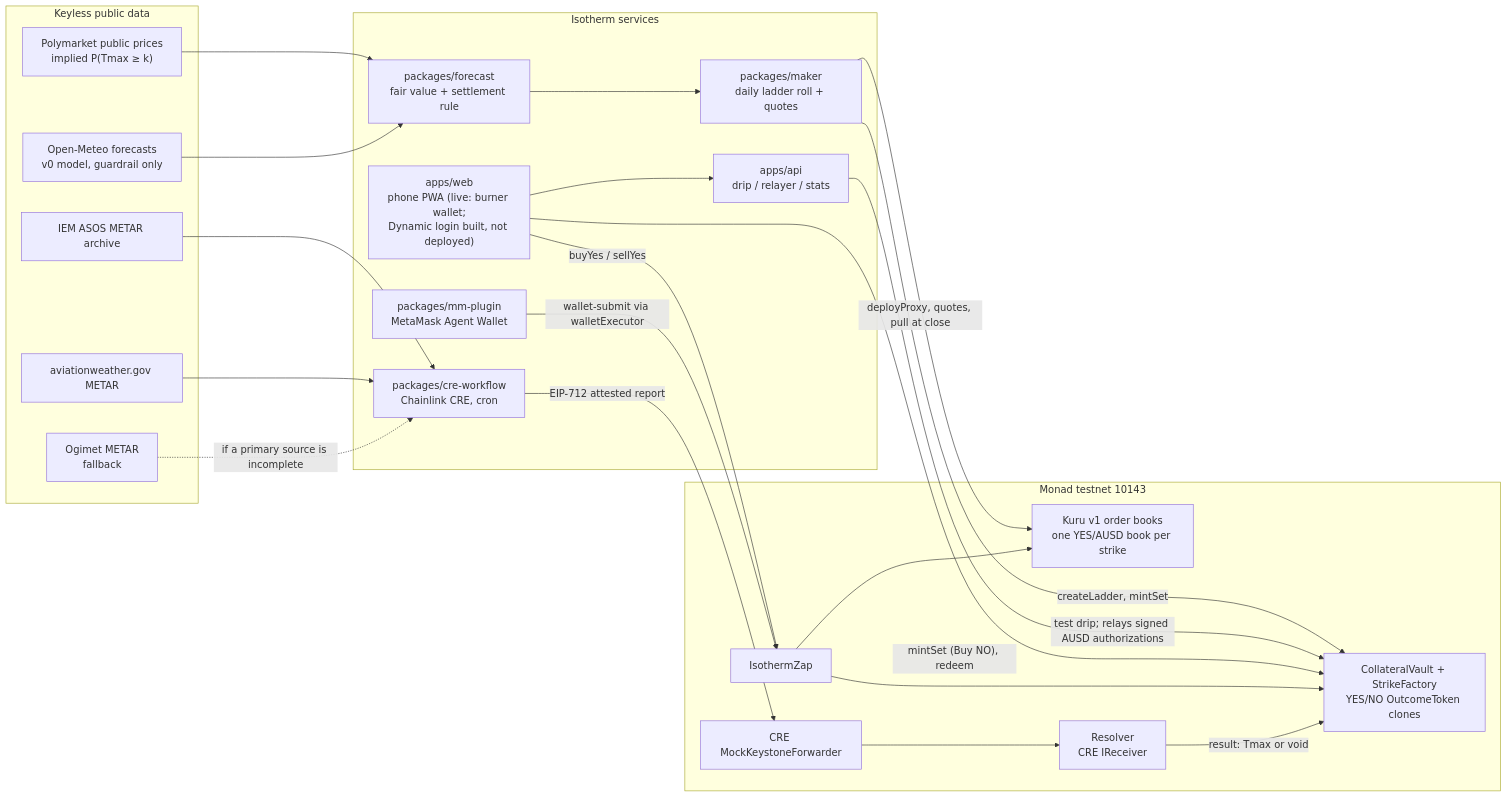
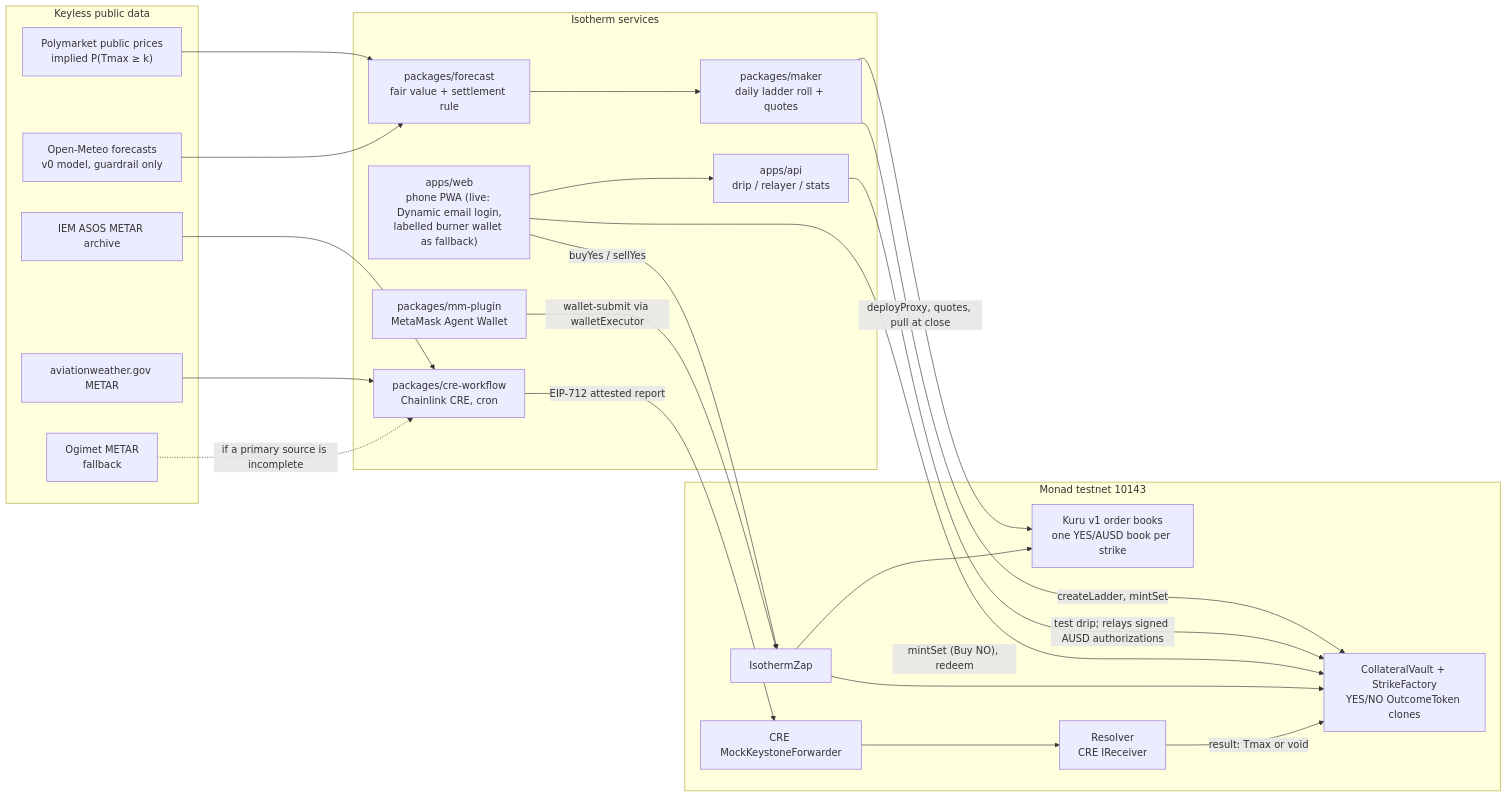
One commit to tedinroc/isotherm changed the diagram in README.md. Above: the diagram before and after it, drawn with Mermaid. The commit also changed other lines of this file and 20 other files, not shown here.

Commit message:
API: classify maker/team/external at publish time (the team's Dynamic test wallet is team); web: Dynamic live + Open-Meteo credit; docs: live Dynamic proof (gasless mint + Zap buy from embedded wallet)

````diff
--- a/README.md
+++ b/README.md
@@ -33,43 +43,43 @@
 ```mermaid
 flowchart LR
   subgraph DATA["Keyless public data"]
     PM["Polymarket public prices<br/>implied P(Tmax ≥ k)"]
     OM["Open-Meteo forecasts<br/>v0 model, guardrail only"]
     IEM["IEM ASOS METAR archive"]
     AWC["aviationweather.gov METAR"]
     OG["Ogimet METAR<br/>fallback"]
   end
   subgraph SVC["Isotherm services"]
     FC["packages/forecast<br/>fair value + settlement rule"]
     MK["packages/maker<br/>daily ladder roll + quotes"]
-    WEB["apps/web<br/>phone PWA (live: burner wallet;<br/>Dynamic login built, not deployed)"]
+    WEB["apps/web<br/>phone PWA (live: Dynamic email login,<br/>labelled burner wallet as fallback)"]
     API["apps/api<br/>drip / relayer / stats"]
     MMP["packages/mm-plugin<br/>MetaMask Agent Wallet"]
     CRE["packages/cre-workflow<br/>Chainlink CRE, cron"]
   end
   subgraph CHAIN["Monad testnet 10143"]
     VAULT["CollateralVault + StrikeFactory<br/>YES/NO OutcomeToken clones"]
     ZAP["IsothermZap"]
     KURU["Kuru v1 order books<br/>one YES/AUSD book per strike"]
     FWD["CRE MockKeystoneForwarder"]
     RES["Resolver<br/>CRE IReceiver"]
   end
   PM --> FC
   OM --> FC
   FC --> MK
   MK -->|"createLadder, mintSet"| VAULT
   MK -->|"deployProxy, quotes, pull at close"| KURU
   WEB --> API
   API -->|"test drip; relays signed AUSD authorizations"| VAULT
   WEB -->|"buyYes / sellYes"| ZAP
   WEB -->|"mintSet (Buy NO), redeem"| VAULT
   MMP -->|"wallet-submit via walletExecutor"| ZAP
   ZAP --> KURU
   ZAP --> VAULT
   IEM --> CRE
   AWC --> CRE
   OG -.->|"if a primary source is incomplete"| CRE
   CRE -->|"EIP-712 attested report"| FWD
   FWD --> RES
   RES -->|"result: Tmax or void"| VAULT
 ```
````
